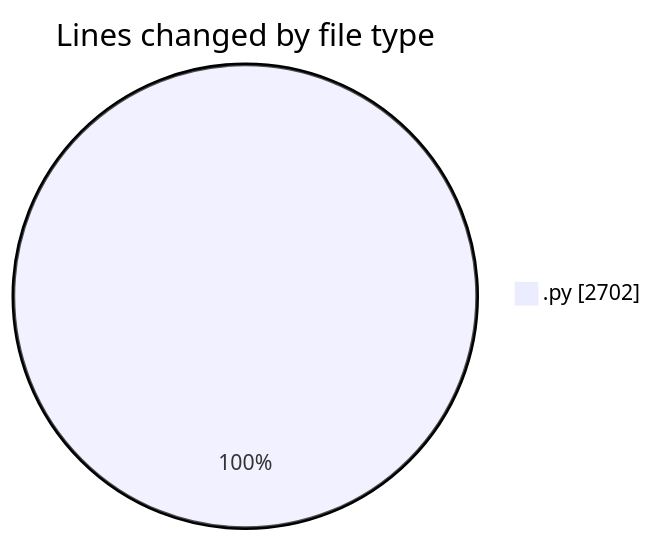
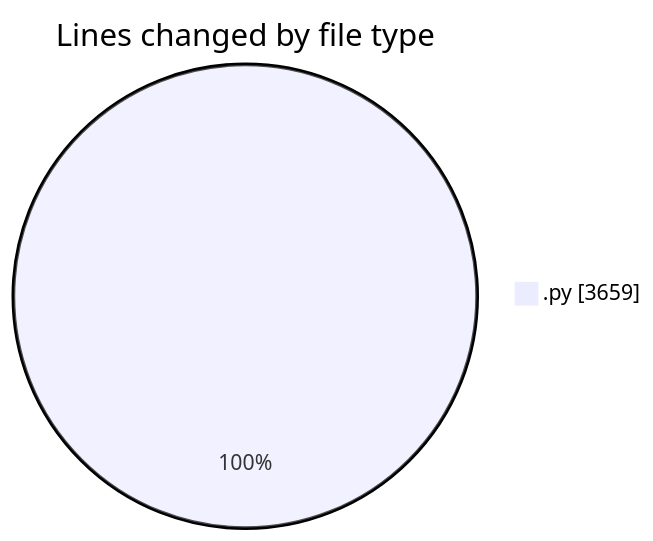
Before and after one commit to jrari/code-tracking: the first of 2 diagrams in 2025-07-15/telebot/README.md, drawn with Mermaid. The commit also changed other lines of this file and 1 other file, not shown here.

````diff
--- a/2025-07-15/telebot/README.md
+++ b/2025-07-15/telebot/README.md
@@ -24,5 +25,5 @@
 ```mermaid
 pie showData
 title Lines changed by file type
-".py" : 2702
+".py" : 3659
 ```
````
